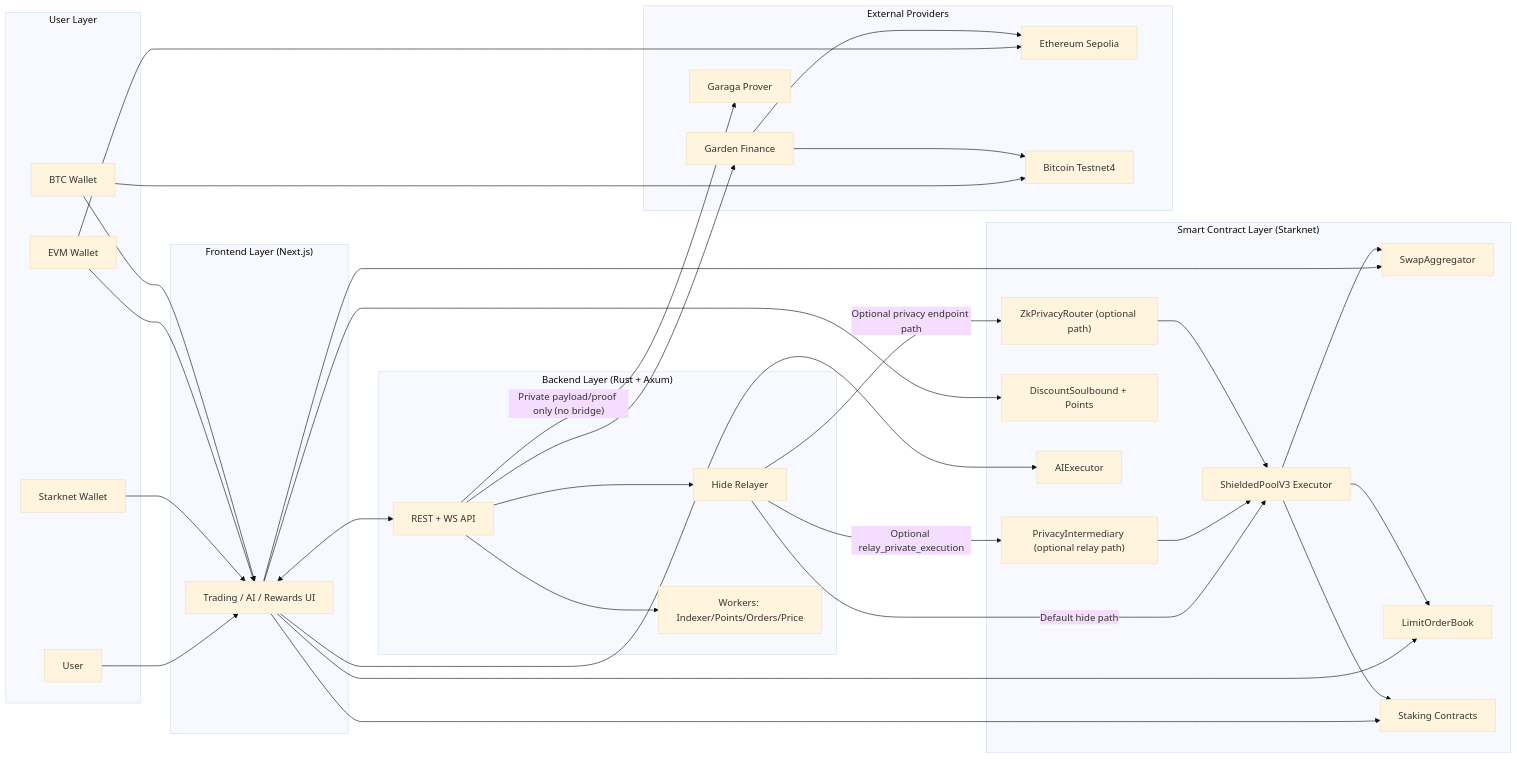
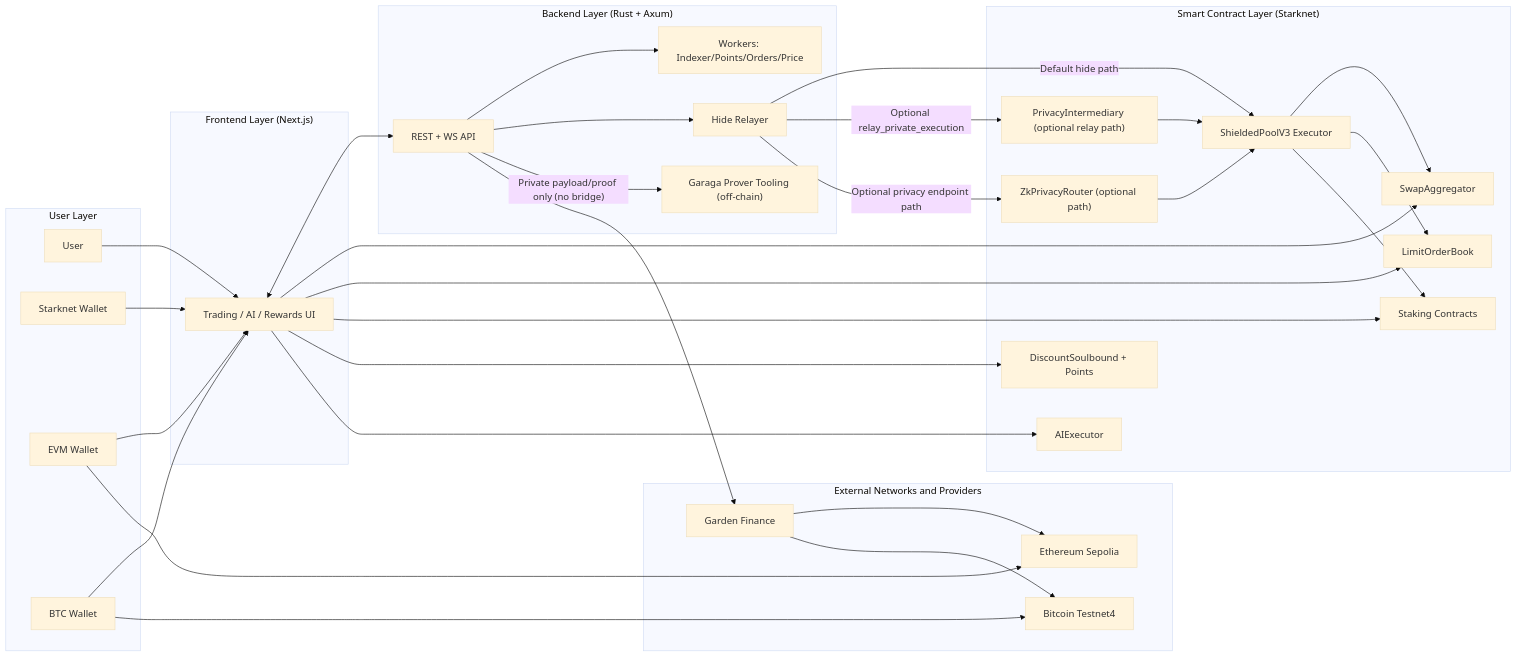
The first of 3 diagrams in README.md (ntfound-dev/zkcarel_protocol), drawn with Mermaid (base theme) before and after one commit.

Commit message:
docs: place Garaga as backend off-chain prover in architecture diagram

````diff
--- a/README.md
+++ b/README.md
@@ -72,68 +72,68 @@
 ```mermaid
 flowchart LR
   subgraph USER["User Layer"]
     U["User"]
     SW["Starknet Wallet"]
     EW["EVM Wallet"]
     BW["BTC Wallet"]
   end
 
   subgraph FE["Frontend Layer (Next.js)"]
     UI["Trading / AI / Rewards UI"]
   end
 
   subgraph BE["Backend Layer (Rust + Axum)"]
     API["REST + WS API"]
     REL["Hide Relayer"]
     WRK["Workers: Indexer/Points/Orders/Price"]
+    PROVER["Garaga Prover Tooling (off-chain)"]
   end
 
   subgraph SC["Smart Contract Layer (Starknet)"]
     SWAP["SwapAggregator"]
     LOB["LimitOrderBook"]
     STAKE["Staking Contracts"]
     ZK["ZkPrivacyRouter (optional path)"]
     PI["PrivacyIntermediary (optional relay path)"]
     EXEC["ShieldedPoolV3 Executor"]
     NFT["DiscountSoulbound + Points"]
     AI["AIExecutor"]
   end
 
-  subgraph EXT["External Providers"]
+  subgraph EXT["External Networks and Providers"]
     ETH["Ethereum Sepolia"]
     BTC["Bitcoin Testnet4"]
     GARDEN["Garden Finance"]
-    GARAGA["Garaga Prover"]
   end
 
   U --> UI
   SW --> UI
   EW --> UI
   BW --> UI
 
   UI <--> API
   API --> WRK
   API --> REL
-  API -->|"Private payload/proof only (no bridge)"| GARAGA
+  API -->|"Private payload/proof only (no bridge)"| PROVER
   API --> GARDEN
 
   UI --> SWAP
   UI --> LOB
   UI --> STAKE
   UI --> NFT
   UI --> AI
 
   REL -->|"Default hide path"| EXEC
   REL -->|"Optional relay_private_execution"| PI
   PI --> EXEC
   REL -->|"Optional privacy endpoint path"| ZK
   ZK --> EXEC
   EXEC --> SWAP
   EXEC --> LOB
   EXEC --> STAKE
 
   EW --> ETH
   BW --> BTC
   GARDEN --> ETH
   GARDEN --> BTC
 ```
````
